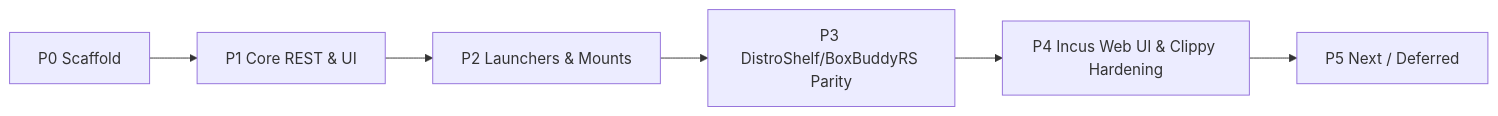
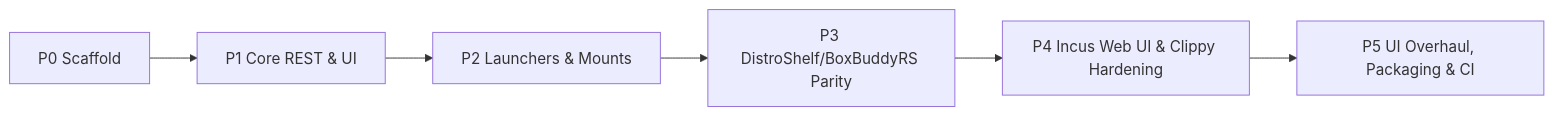
One commit to nandazahran/IncusCubby changed the diagram in docs/ROADMAP.md. Above: the diagram before and after it, drawn with Mermaid. The commit also changed other lines of this file and 5 other files, not shown here.

Commit message:
Sync markdown docs with UI overhaul, logos, and packaging

````diff
--- a/docs/ROADMAP.md
+++ b/docs/ROADMAP.md
@@ -39,8 +39,8 @@
 ```mermaid
 flowchart LR
   P0["P0 Scaffold"] --> P1["P1 Core REST & UI"]
   P1 --> P2["P2 Launchers & Mounts"]
   P2 --> P3["P3 DistroShelf/BoxBuddyRS Parity"]
   P3 --> P4["P4 Incus Web UI & Clippy Hardening"]
-  P4 --> P5["P5 Next / Deferred"]
+  P4 --> P5["P5 UI Overhaul, Packaging & CI"]
 ```
````
